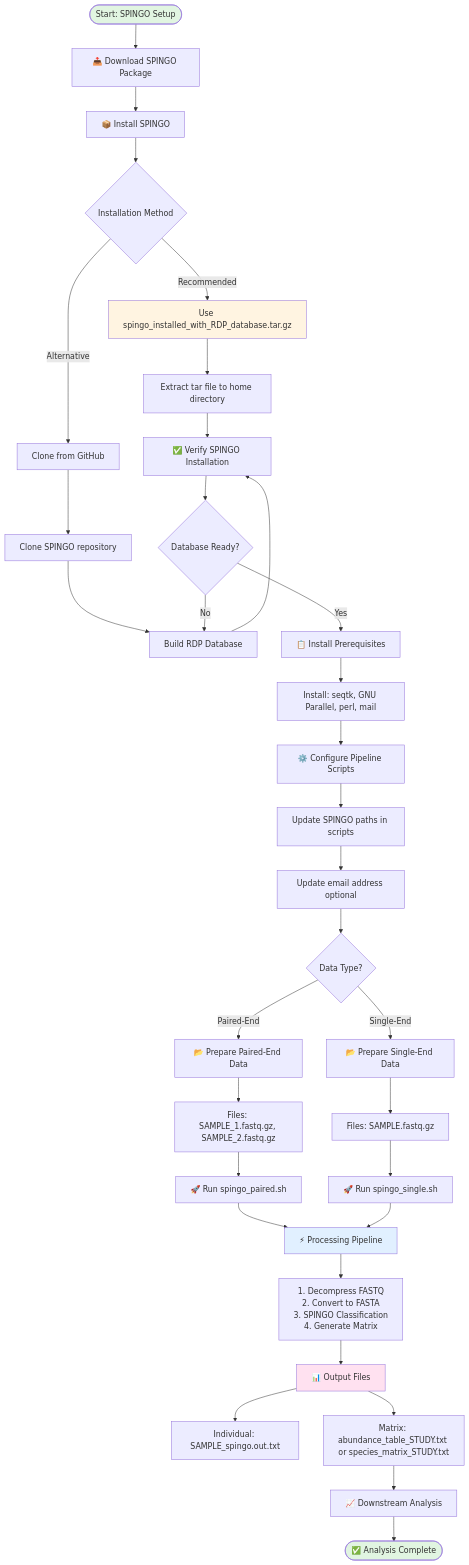
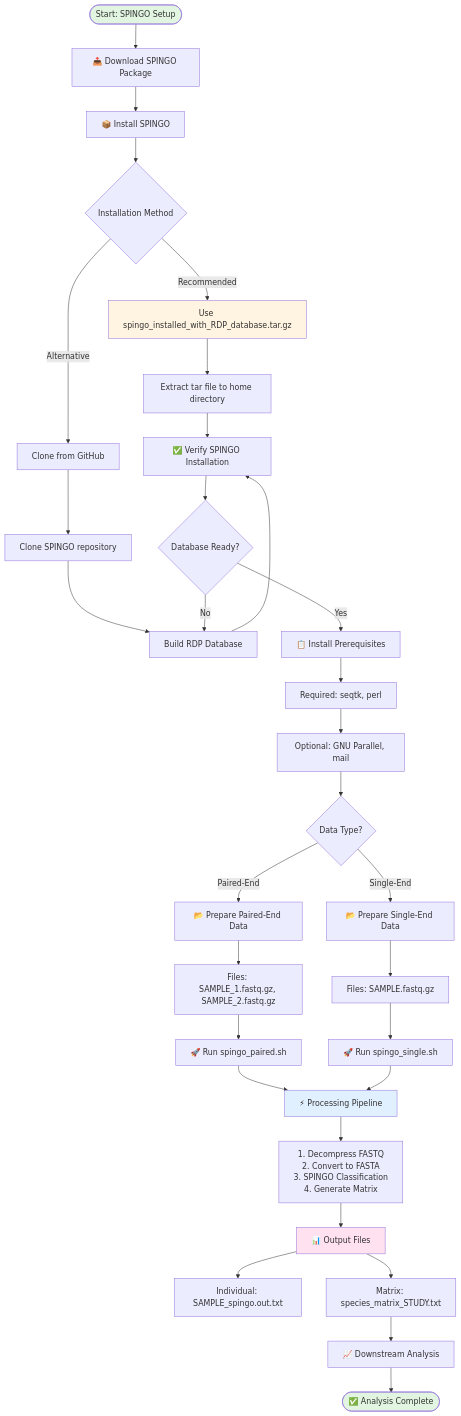
The diagram in README.md (Dinesh23244/spingo-pipeline), drawn with Mermaid before and after one commit. The commit also changed other lines of this file and 5 other files, not shown here.

````diff
--- a/README.md
+++ b/README.md
@@ -420,54 +440,51 @@
-```mermaid
+``` mermaid
 graph TD
     Start([Start: SPINGO Setup]) --> Download[📥 Download SPINGO Package]
     Download --> Install[📦 Install SPINGO]
     
     Install --> InstallMethod{Installation Method}
     InstallMethod -->|Recommended| TarFile[Use spingo_installed_with_RDP_database.tar.gz]
     InstallMethod -->|Alternative| GitHub[Clone from GitHub]
     
     TarFile --> ExtractTar[Extract tar file to home directory]
     GitHub --> CloneRepo[Clone SPINGO repository]
     
     ExtractTar --> VerifyInstall[✅ Verify SPINGO Installation]
     CloneRepo --> BuildDB[Build RDP Database]
     BuildDB --> VerifyInstall
     
     VerifyInstall --> CheckDB{Database Ready?}
     CheckDB -->|No| BuildDB
     CheckDB -->|Yes| InstallDeps[📋 Install Prerequisites]
     
-    InstallDeps --> Deps[Install: seqtk, GNU Parallel, perl, mail]
-    Deps --> ConfigScripts[⚙️ Configure Pipeline Scripts]
-    
-    ConfigScripts --> UpdatePaths[Update SPINGO paths in scripts]
-    UpdatePaths --> UpdateEmail[Update email address optional]
-    UpdateEmail --> DataType{Data Type?}
+    InstallDeps --> RequiredDeps[Required: seqtk, perl]
+    RequiredDeps --> OptionalDeps[Optional: GNU Parallel, mail]
+    OptionalDeps --> DataType{Data Type?}
     
     DataType -->|Paired-End| PairedSetup[📂 Prepare Paired-End Data]
     DataType -->|Single-End| SingleSetup[📂 Prepare Single-End Data]
     
     PairedSetup --> PairedNaming[Files: SAMPLE_1.fastq.gz, SAMPLE_2.fastq.gz]
     SingleSetup --> SingleNaming[Files: SAMPLE.fastq.gz]
     
     PairedNaming --> RunPaired[🚀 Run spingo_paired.sh]
     SingleNaming --> RunSingle[🚀 Run spingo_single.sh]
     
     RunPaired --> Processing[⚡ Processing Pipeline]
     RunSingle --> Processing
     
     Processing --> Steps[1. Decompress FASTQ<br/>2. Convert to FASTA<br/>3. SPINGO Classification<br/>4. Generate Matrix]
     
     Steps --> Output[📊 Output Files]
     Output --> IndividualResults[Individual: SAMPLE_spingo.out.txt]
-    Output --> MatrixFile[Matrix: abundance_table_STUDY.txt or species_matrix_STUDY.txt]
+    Output --> MatrixFile[Matrix: species_matrix_STUDY.txt]
     
     MatrixFile --> Analysis[📈 Downstream Analysis]
     Analysis --> Complete([✅ Analysis Complete])
     
     style Start fill:#e1f5e1
     style Complete fill:#e1f5e1
     style TarFile fill:#fff4e1
     style Processing fill:#e1f0ff
     style Output fill:#ffe1f0
 ```
````
